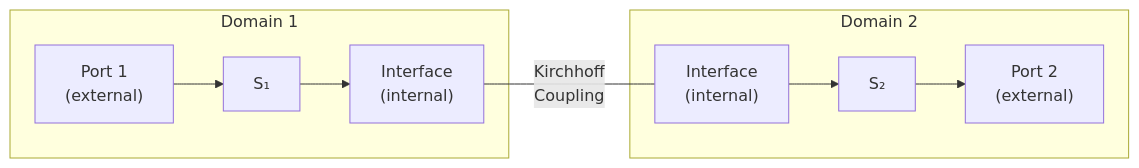
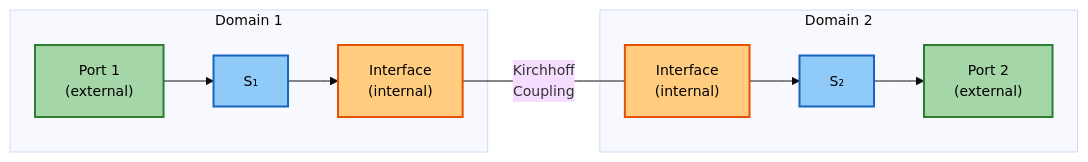
The second of 2 diagrams in docs/theory.md (Dark-Elektron/cavsim3d), drawn with Mermaid before and after one commit. The commit also changed other lines of this file and 41 other files, not shown here.

````diff
--- a/docs/theory.md
+++ b/docs/theory.md
@@ -174,14 +328,19 @@
 ```mermaid
+%%{init: {'theme': 'base', 'themeVariables': {'fontSize': '14px'}}}%%
 graph LR
     subgraph "Domain 1"
-        P1["Port 1<br/>(external)"] --> S1["S₁"]
-        S1 --> I1["Interface<br/>(internal)"]
+        P1["Port 1<br/>(external)"]:::ext --> S1["S₁"]:::solver
+        S1 --> I1["Interface<br/>(internal)"]:::internal
     end
 
     subgraph "Domain 2"
-        I2["Interface<br/>(internal)"] --> S2["S₂"]
-        S2 --> P2["Port 2<br/>(external)"]
+        I2["Interface<br/>(internal)"]:::internal --> S2["S₂"]:::solver
+        S2 --> P2["Port 2<br/>(external)"]:::ext
     end
 
     I1 ---|"Kirchhoff<br/>Coupling"| I2
+
+    classDef ext fill:#a5d6a7,stroke:#2e7d32,stroke-width:2px,color:#000
+    classDef solver fill:#90caf9,stroke:#1565c0,stroke-width:2px,color:#000
+    classDef internal fill:#ffcc80,stroke:#e65100,stroke-width:2px,color:#000
 ```
````
